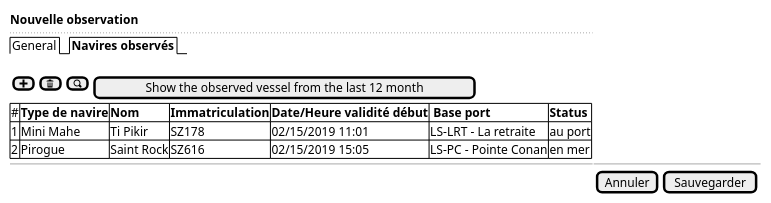
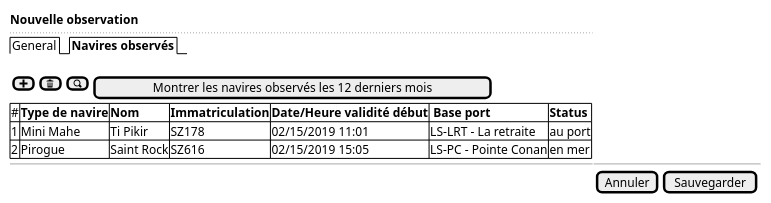
One commit to sumaris-net/sumaris-doc changed the diagram in use-case/collect/landing/observed-location-ui-vessels.puml. Above: the diagram before and after it, drawn with PlantUML. The commit also changed 7 other files, not shown here.

```diff
--- a/use-case/collect/landing/observed-location-ui-vessels.puml
+++ b/use-case/collect/landing/observed-location-ui-vessels.puml
@@ -1,19 +1,19 @@
 @startsalt
 {
   <b>Nouvelle observation
   ..
   {/ General | <b>Navires observés }
   .
-  {[<&plus>]  | [<&trash>] | [<&magnifying-glass>] | [Show the observed vessel from the last 12 month]}
+  {[<&plus>]  | [<&trash>] | [<&magnifying-glass>] | [Montrer les navires observés les 12 derniers mois]}
 
   {#
   # | <b>Type de navire  | <b>Nom     | <b>Immatriculation | <b>Date/Heure validité début     | <b> Base port          | <b>Status
   1 | Mini Mahe          | Ti Pikir   | SZ178              | 02/15/2019 11:01                 |  LS-LRT - La retraite  | au port
   2 | Pirogue            | Saint Rock | SZ616              | 02/15/2019 15:05                 |  LS-PC - Pointe Conan  | en mer
   }
 
   -- | --
 
   . | {[Annuler] | [Sauvegarder]}
 }
 @endsalt
```
